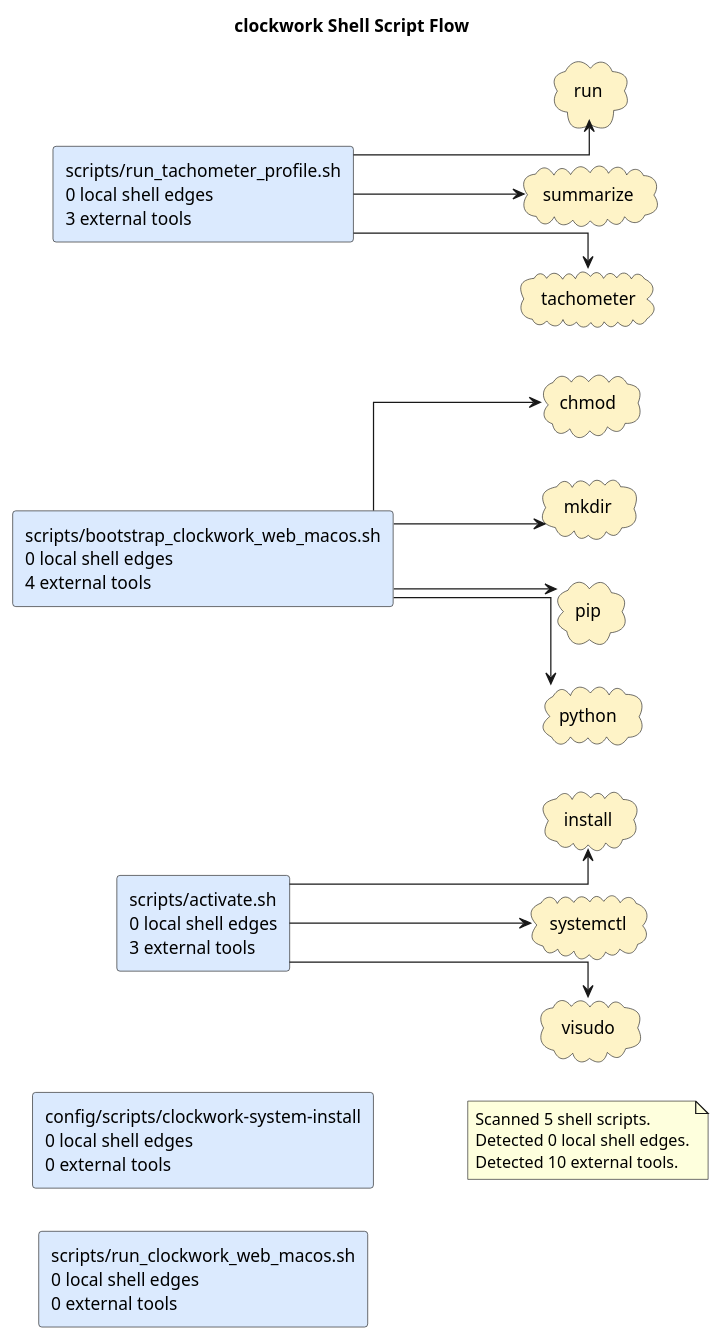
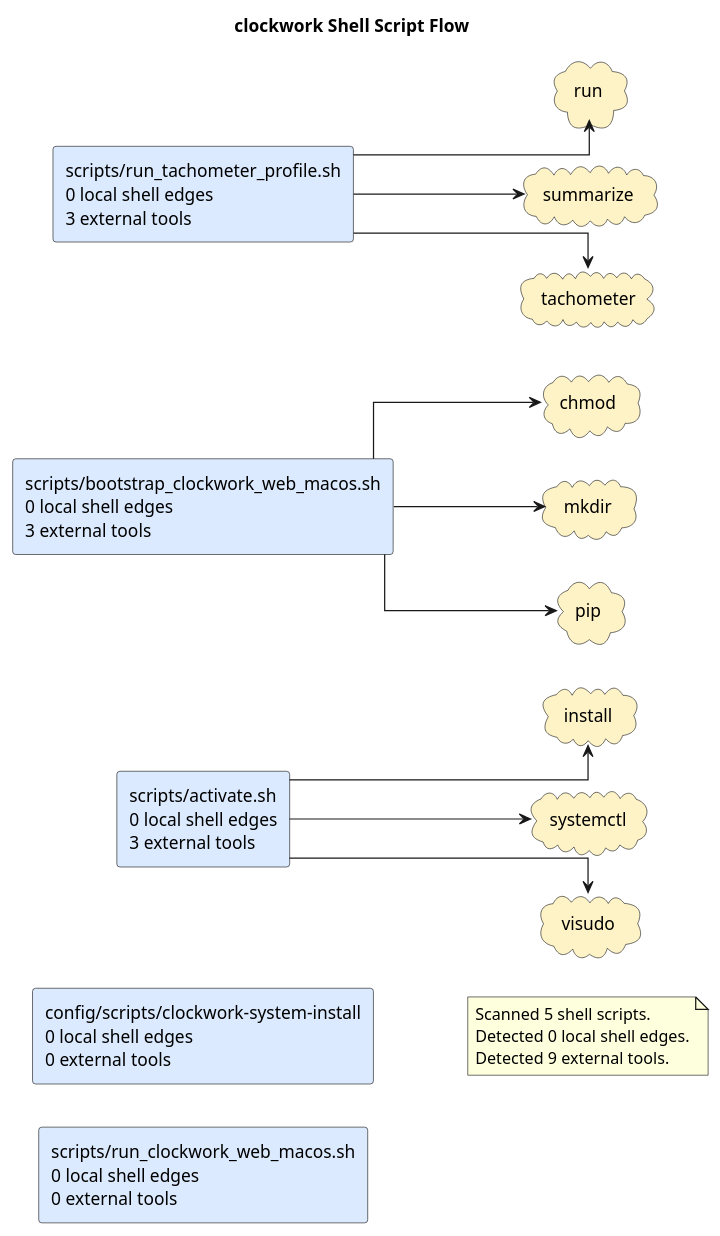
The diagram in docs/diagrams/shell-call-graph.puml (casonk/clockwork), drawn with PlantUML before and after one commit. The commit also changed 5 other files, not shown here.

First line of the commit message:
docs: refresh architecture diagrams

```diff
--- a/docs/diagrams/shell-call-graph.puml
+++ b/docs/diagrams/shell-call-graph.puml
@@ -1,38 +1,36 @@
 @startuml
 title clockwork Shell Script Flow
 left to right direction
 skinparam shadowing false
 skinparam defaultFontName Monospace
 skinparam componentStyle rectangle
 skinparam linetype ortho
 rectangle "config/scripts/clockwork-system-install\n0 local shell edges\n0 external tools" as shell_config_scripts_clockwork_system_install #DBEAFE
 rectangle "scripts/activate.sh\n0 local shell edges\n3 external tools" as shell_scripts_activate_sh #DBEAFE
-rectangle "scripts/bootstrap_clockwork_web_macos.sh\n0 local shell edges\n4 external tools" as shell_scripts_bootstrap_clockwork_web_macos_sh #DBEAFE
+rectangle "scripts/bootstrap_clockwork_web_macos.sh\n0 local shell edges\n3 external tools" as shell_scripts_bootstrap_clockwork_web_macos_sh #DBEAFE
 rectangle "scripts/run_clockwork_web_macos.sh\n0 local shell edges\n0 external tools" as shell_scripts_run_clockwork_web_macos_sh #DBEAFE
 rectangle "scripts/run_tachometer_profile.sh\n0 local shell edges\n3 external tools" as shell_scripts_run_tachometer_profile_sh #DBEAFE
 cloud "chmod" as tool_chmod #FEF3C7
 cloud "install" as tool_install #FEF3C7
 cloud "mkdir" as tool_mkdir #FEF3C7
 cloud "pip" as tool_pip #FEF3C7
-cloud "python" as tool_python #FEF3C7
 cloud "run" as tool_run #FEF3C7
 cloud "summarize" as tool_summarize #FEF3C7
 cloud "systemctl" as tool_systemctl #FEF3C7
 cloud "tachometer" as tool_tachometer #FEF3C7
 cloud "visudo" as tool_visudo #FEF3C7
 shell_scripts_activate_sh --> tool_install
 shell_scripts_activate_sh --> tool_systemctl
 shell_scripts_activate_sh --> tool_visudo
 shell_scripts_bootstrap_clockwork_web_macos_sh --> tool_chmod
 shell_scripts_bootstrap_clockwork_web_macos_sh --> tool_mkdir
 shell_scripts_bootstrap_clockwork_web_macos_sh --> tool_pip
-shell_scripts_bootstrap_clockwork_web_macos_sh --> tool_python
 shell_scripts_run_tachometer_profile_sh --> tool_run
 shell_scripts_run_tachometer_profile_sh --> tool_summarize
 shell_scripts_run_tachometer_profile_sh --> tool_tachometer
 note as shellGraphSummary
 Scanned 5 shell scripts.
 Detected 0 local shell edges.
-Detected 10 external tools.
+Detected 9 external tools.
 end note
 @enduml
```
